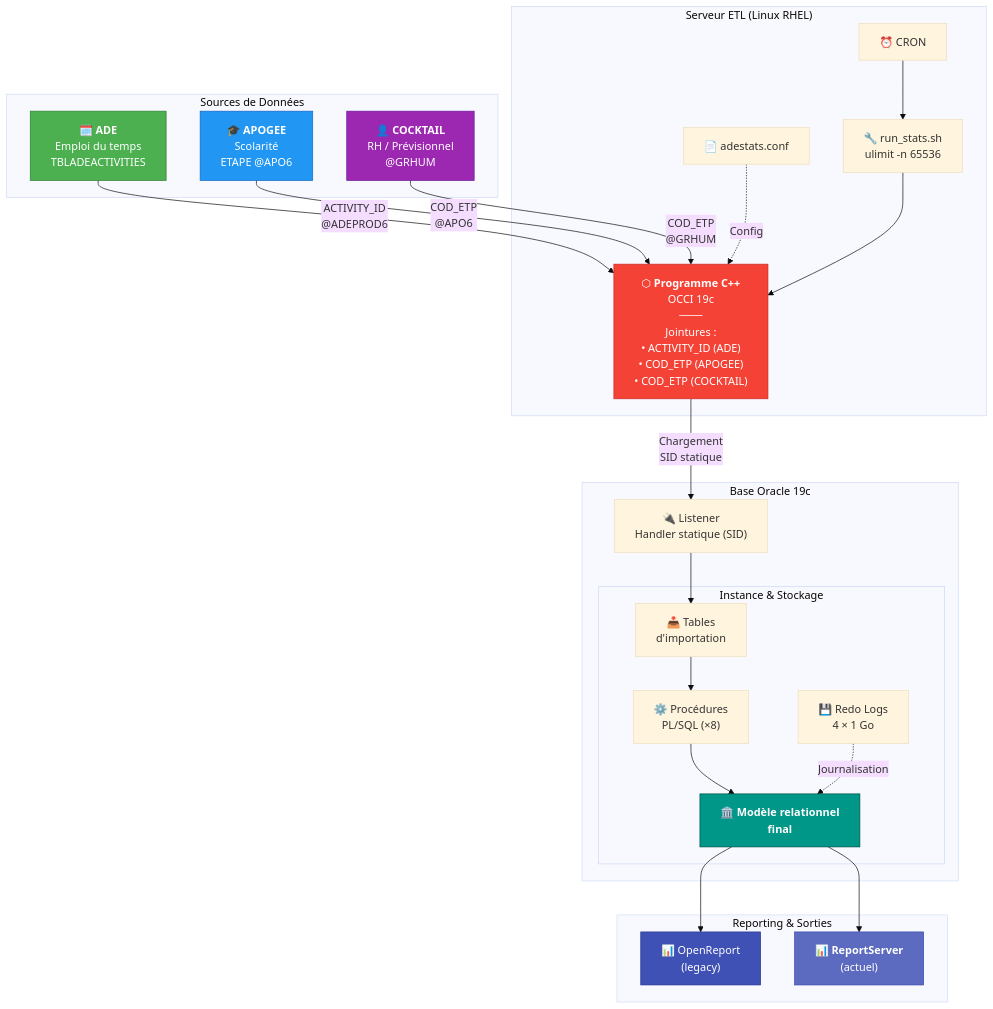
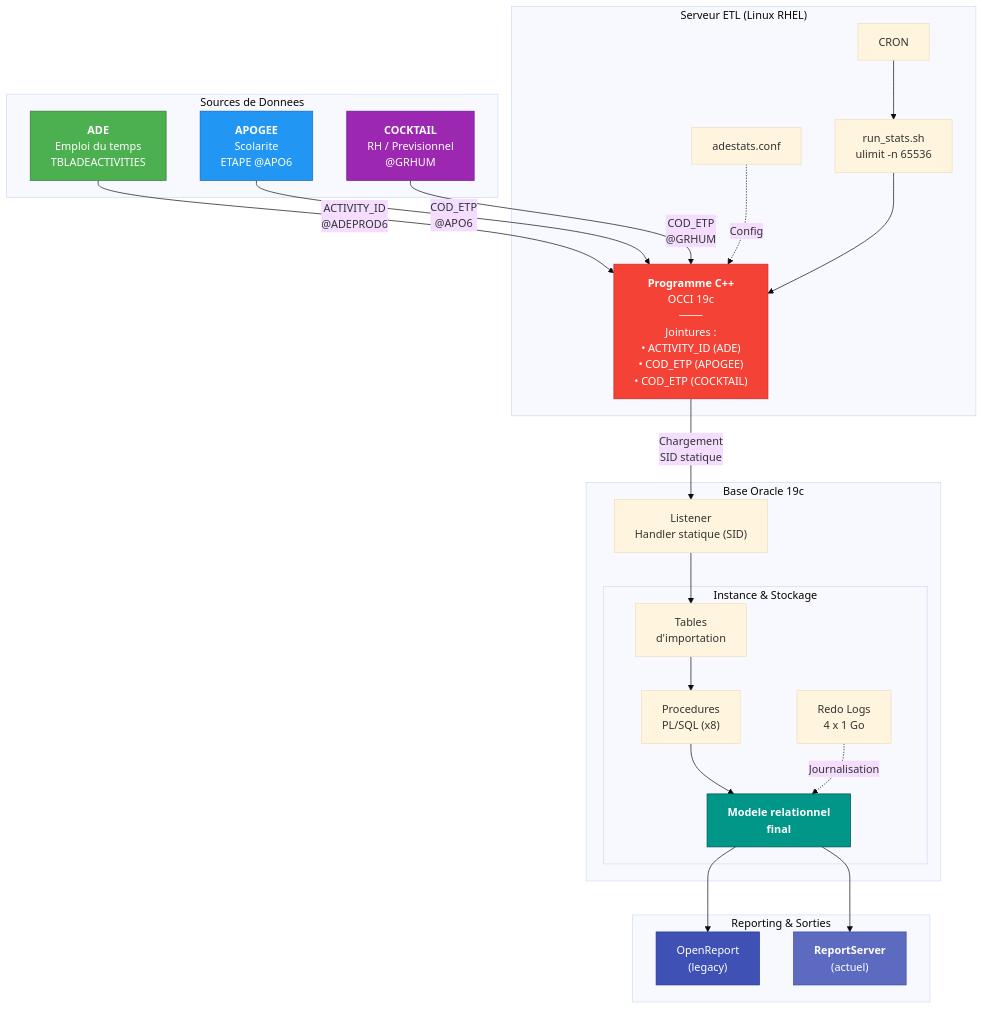
One commit to gpilliat/adestats-documentation changed the first of 3 diagrams in README.md. Above: the diagram before and after it, drawn with Mermaid (base theme).

````diff
--- a/README.md
+++ b/README.md
@@ -21,52 +21,57 @@
 ```mermaid
 graph TD
-    subgraph SOURCES["Sources de Données"]
-        ADE["🗓️ <b>ADE</b><br/>Emploi du temps<br/>TBLADEACTIVITIES"]
-        APO["🎓 <b>APOGEE</b><br/>Scolarité<br/>ETAPE @APO6"]
-        CKT["👤 <b>COCKTAIL</b><br/>RH / Prévisionnel<br/>@GRHUM"]
+    subgraph SOURCES["Sources de Donnees"]
+        ADE["<b>ADE</b><br/>Emploi du temps<br/>TBLADEACTIVITIES"]
+        APO["<b>APOGEE</b><br/>Scolarite<br/>ETAPE @APO6"]
+        CKT["<b>COCKTAIL</b><br/>RH / Previsionnel<br/>@GRHUM"]
     end
 
     subgraph ETL["Serveur ETL (Linux RHEL)"]
-        CRON["⏰ CRON"]
-        WRAP["🔧 run_stats.sh<br/>ulimit -n 65536"]
-        CONF["📄 adestats.conf"]
-        CPP["⬡ <b>Programme C++</b><br/>OCCI 19c<br/>───<br/>Jointures :<br/>• ACTIVITY_ID (ADE)<br/>• COD_ETP (APOGEE)<br/>• COD_ETP (COCKTAIL)"]
+        CRON["CRON"]
+        WRAP["run_stats.sh<br/>ulimit -n 65536"]
+        CONF["adestats.conf"]
+        CPP["<b>Programme C++</b><br/>OCCI 19c<br/>───<br/>Jointures :<br/>• ACTIVITY_ID (ADE)<br/>• COD_ETP (APOGEE)<br/>• COD_ETP (COCKTAIL)"]
     end
 
     subgraph ORACLE["Base Oracle 19c"]
-        LISTENER["🔌 Listener<br/>Handler statique (SID)"]
+        LISTENER["Listener<br/>Handler statique (SID)"]
+
         subgraph INSTANCE["Instance & Stockage"]
-            IMPORT["📥 Tables<br/>d'importation"]
-            PLSQL["⚙️ Procédures<br/>PL/SQL (×8)"]
-            REDO["💾 Redo Logs<br/>4 × 1 Go"]
-            MODEL["🏛️ <b>Modèle relationnel<br/>final</b>"]
+            IMPORT["Tables<br/>d'importation"]
+            PLSQL["Procedures<br/>PL/SQL (x8)"]
+            REDO["Redo Logs<br/>4 x 1 Go"]
+            MODEL["<b>Modele relationnel<br/>final</b>"]
         end
     end
 
     subgraph REPORT["Reporting & Sorties"]
-        OR["📊 OpenReport<br/>(legacy)"]
-        RS["📊 <b>ReportServer</b><br/>(actuel)"]
+        OR["OpenReport<br/>(legacy)"]
+        RS["<b>ReportServer</b><br/>(actuel)"]
     end
 
     ADE -->|"ACTIVITY_ID<br/>@ADEPROD6"| CPP
     APO -->|"COD_ETP<br/>@APO6"| CPP
     CKT -->|"COD_ETP<br/>@GRHUM"| CPP
+
     CRON --> WRAP
     CONF -.->|"Config"| CPP
     WRAP --> CPP
+
     CPP -->|"Chargement<br/>SID statique"| LISTENER
     LISTENER --> IMPORT
     IMPORT --> PLSQL
     PLSQL --> MODEL
     REDO -.->|"Journalisation"| MODEL
+
     MODEL --> OR
     MODEL --> RS
 
     style ADE fill:#4CAF50,stroke:#2E7D32,color:#fff
     style APO fill:#2196F3,stroke:#1565C0,color:#fff
     style CKT fill:#9C27B0,stroke:#6A1B9A,color:#fff
     style CPP fill:#F44336,stroke:#C62828,color:#fff
     style MODEL fill:#009688,stroke:#004D40,color:#fff
     style RS fill:#5C6BC0,stroke:#3949AB,color:#fff
     style OR fill:#3F51B5,stroke:#283593,color:#fff
+
 ```
````
